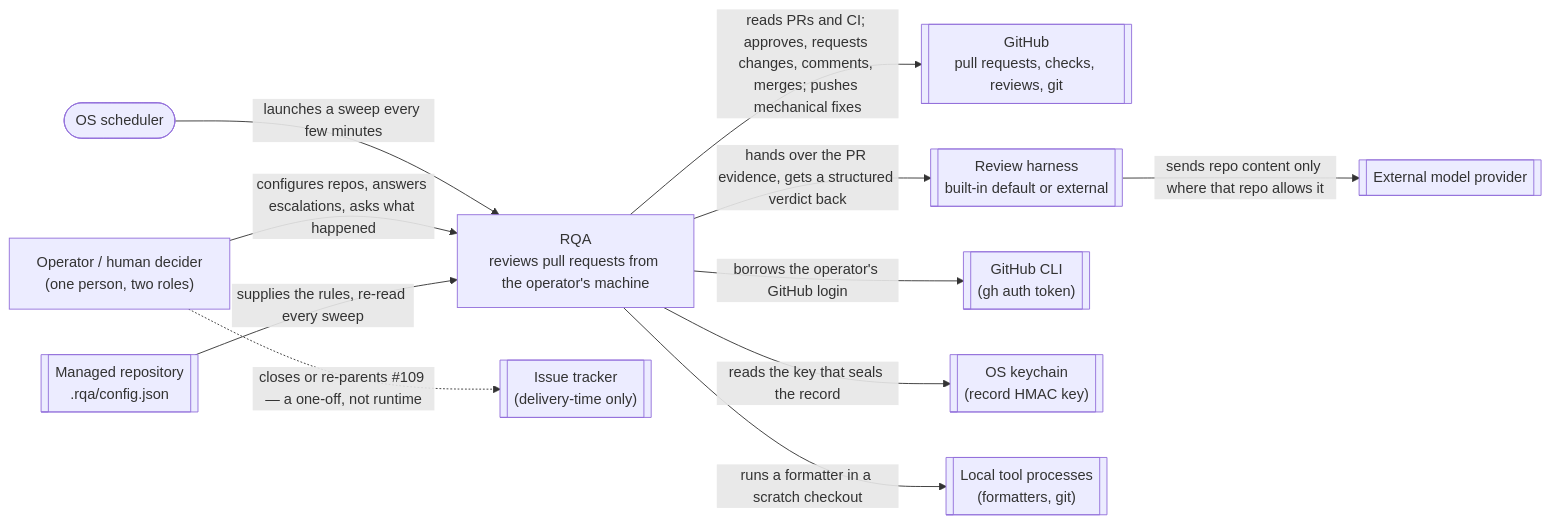
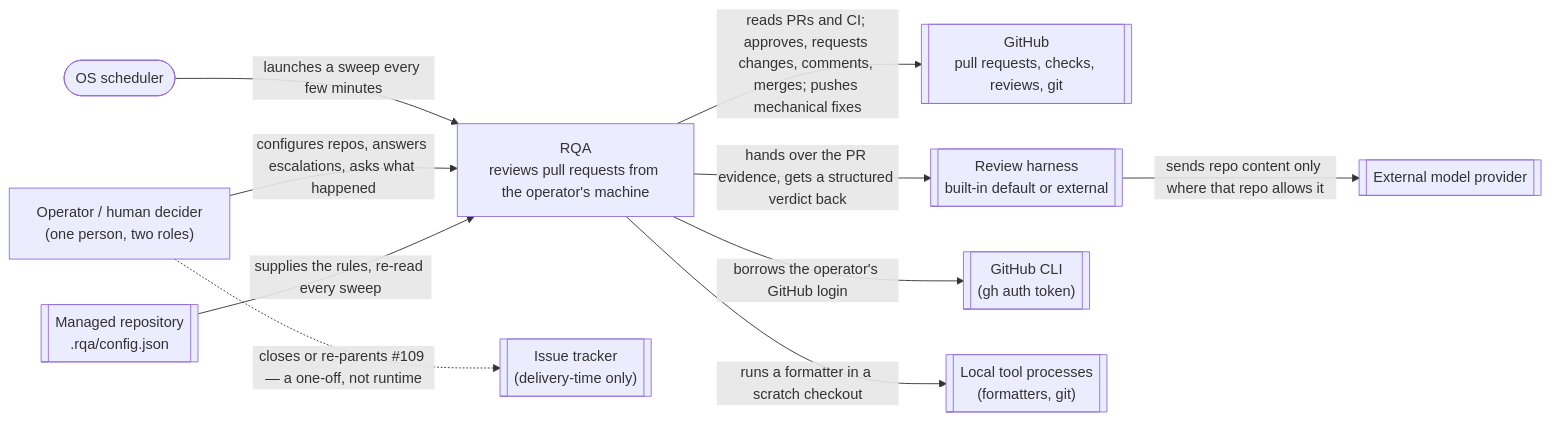
The diagram in launchpad/skills/review-queue-automation/architecture/context.md (launchpad-26/buzz), drawn with Mermaid before and after one commit. The commit also changed other lines of this file and 12 other files, not shown here.

````diff
--- a/launchpad/skills/review-queue-automation/architecture/context.md
+++ b/launchpad/skills/review-queue-automation/architecture/context.md
@@ -25,24 +25,22 @@
 ```mermaid
 flowchart LR
   OPER["Operator / human decider\n(one person, two roles)"]
   TIMER(["OS scheduler"])
   RQA["RQA\nreviews pull requests from the operator's machine"]
   GH[["GitHub\npull requests, checks, reviews, git"]]
   HARN[["Review harness\nbuilt-in default or external"]]
   PROV[["External model provider"]]
   GHCLI[["GitHub CLI\n(gh auth token)"]]
-  KC[["OS keychain\n(record HMAC key)"]]
   TOOLS[["Local tool processes\n(formatters, git)"]]
   REPO[["Managed repository\n.rqa/config.json"]]
   TRACKER[["Issue tracker\n(delivery-time only)"]]
   TIMER -->|launches a sweep every few minutes| RQA
   OPER -->|configures repos, answers escalations, asks what happened| RQA
   RQA -->|reads PRs and CI; approves, requests changes, comments, merges; pushes mechanical fixes| GH
   RQA -->|hands over the PR evidence, gets a structured verdict back| HARN
   HARN -->|sends repo content only where that repo allows it| PROV
   RQA -->|borrows the operator's GitHub login| GHCLI
   REPO -->|supplies the rules, re-read every sweep| RQA
   OPER -.->|closes or re-parents #109 — a one-off, not runtime| TRACKER
-  RQA -->|reads the key that seals the record| KC
   RQA -->|runs a formatter in a scratch checkout| TOOLS
 ```
````
